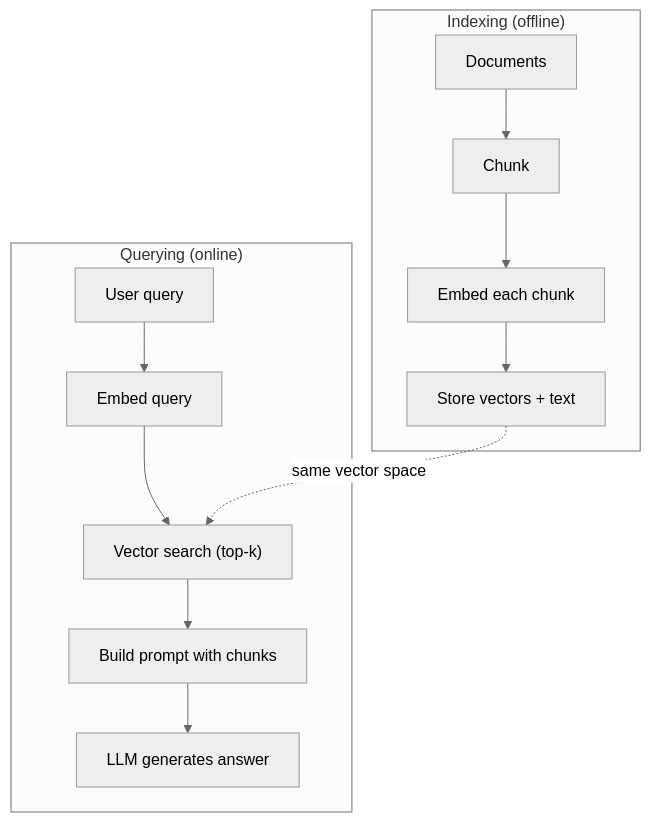
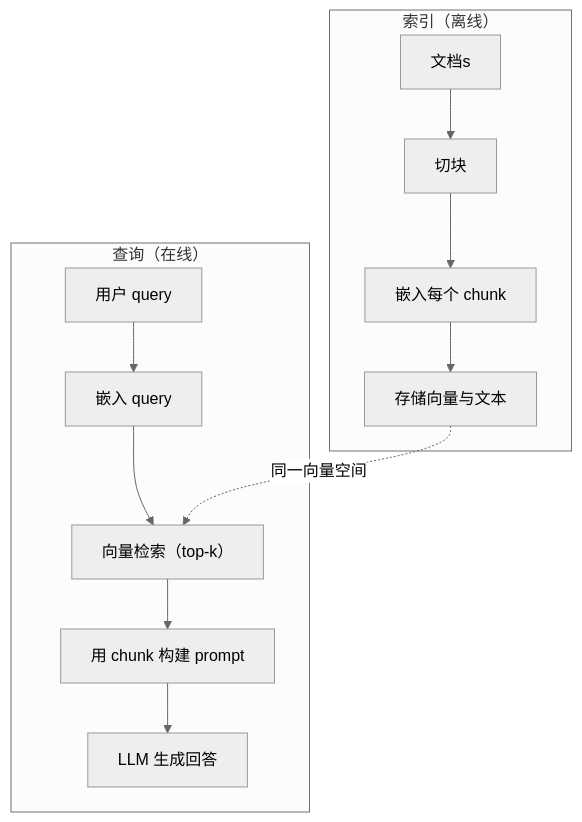
The second of 2 diagrams in phases/11-llm-engineering/06-rag/docs/zh.md (JerryC8080/ai-engineering-from-scratch-zh), drawn with Mermaid (neutral theme) before and after one commit. The commit also changed other lines of this file and 156 other files, not shown here.

First line of the commit message:
i18n(zh): translate mermaid diagram labels in 157 lesson zh.md

````diff
--- a/phases/11-llm-engineering/06-rag/docs/zh.md
+++ b/phases/11-llm-engineering/06-rag/docs/zh.md
@@ -152,17 +152,17 @@
 ```mermaid
 graph TD
-    subgraph "Indexing (offline)"
-        D["Documents"] --> C["Chunk"]
-        C --> E["Embed each chunk"]
-        E --> S["Store vectors + text"]
+    subgraph "索引（离线）"
+        D["文档s"] --> C["切块"]
+        C --> E["嵌入每个 chunk"]
+        E --> S["存储向量与文本"]
     end
 
-    subgraph "Querying (online)"
-        Q["User query"] --> QE["Embed query"]
-        QE --> VS["Vector search (top-k)"]
-        VS --> P["Build prompt with chunks"]
-        P --> LLM["LLM generates answer"]
+    subgraph "查询（在线）"
+        Q["用户 query"] --> QE["嵌入 query"]
+        QE --> VS["向量检索（top-k）"]
+        VS --> P["用 chunk 构建 prompt"]
+        P --> LLM["LLM 生成回答"]
     end
 
-    S -.->|"same vector space"| VS
+    S -.->|"同一向量空间"| VS
 ```
````
